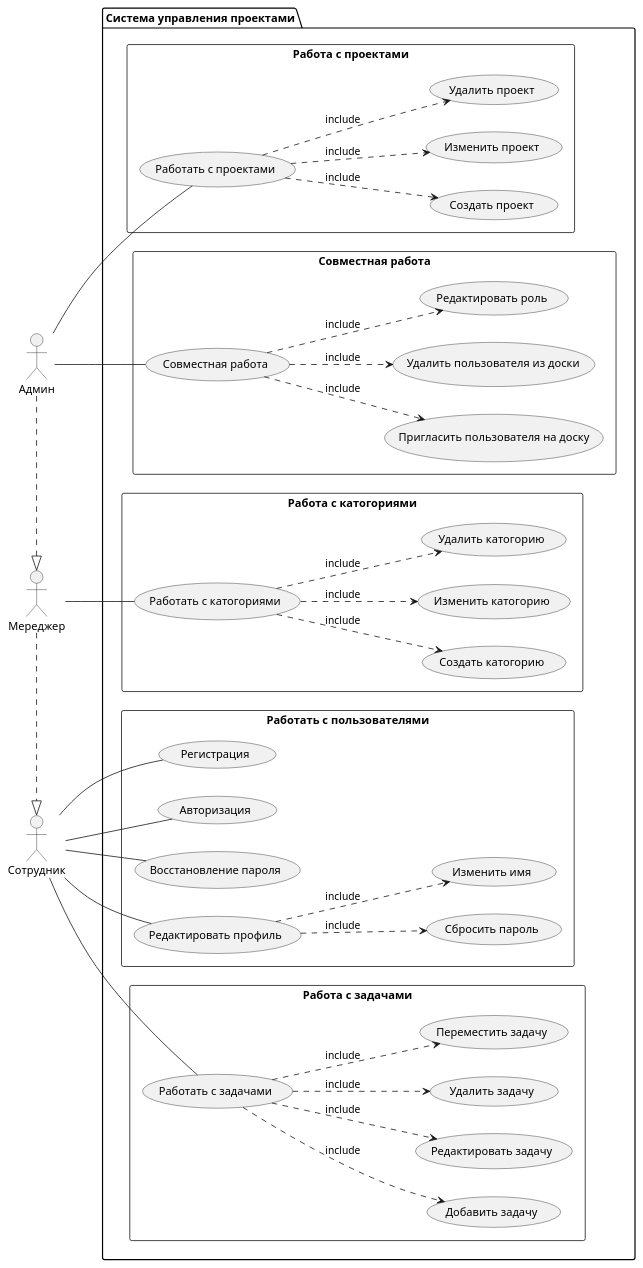
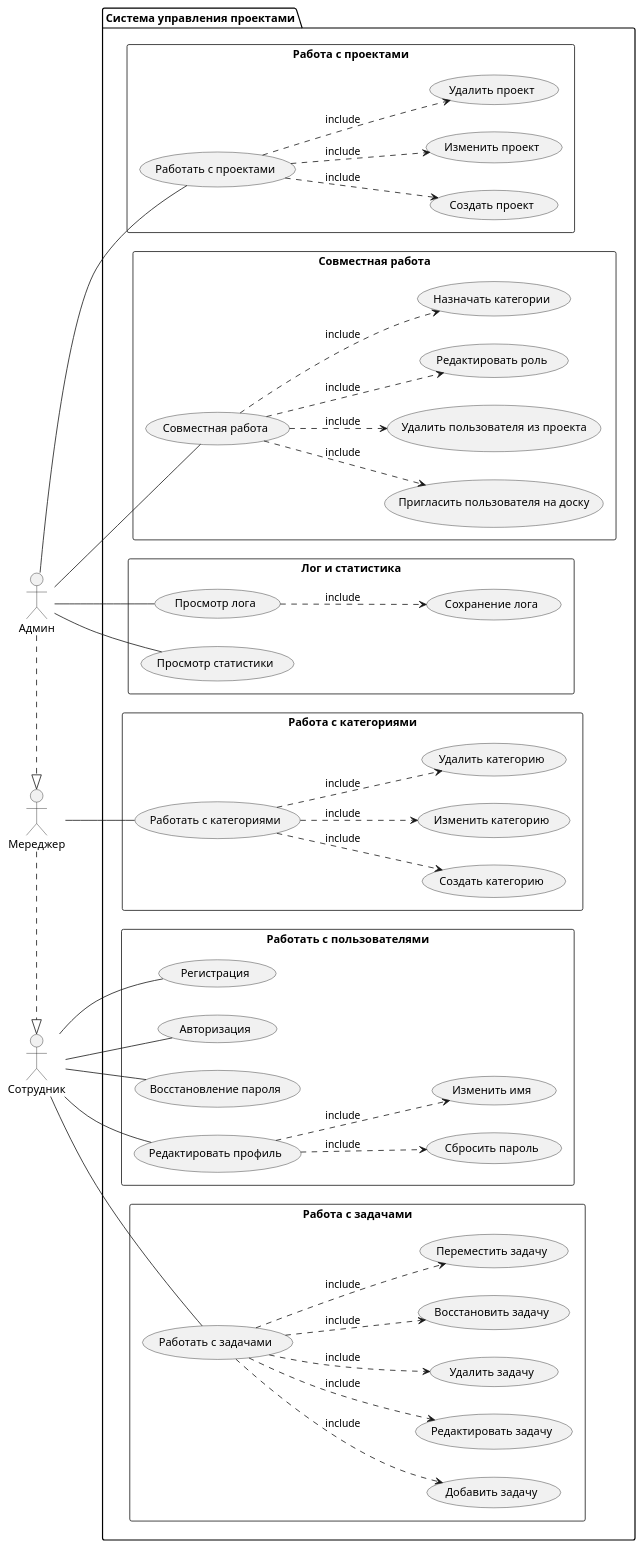
One commit to kemmed/TaskLoom changed the diagram in doc/diagrams/UseCase.puml. Above: the diagram before and after it, drawn with PlantUML. The commit also changed 29 other files, not shown here.

Commit message:
3-4 report chapters, new interface layout, new diagrams

```diff
--- a/doc/diagrams/UseCase.puml
+++ b/doc/diagrams/UseCase.puml
@@ -1,80 +1,94 @@
 @startuml usecaseDiagram
 left to right direction
 
 actor Мереджер as Manager
 actor Админ as Admin
 actor Сотрудник as Employee
 package "Система управления проектами" {
     rectangle "Работать с пользователями" {
         usecase "Регистрация" as RegUC
         usecase "Авторизация" as AuthUC
         usecase "Восстановление пароля" as RecoveryUC
 
         usecase "Редактировать профиль" as UserUC
             usecase "Сбросить пароль" as PassUC
             usecase "Изменить имя" as NameUC
     }
 
     rectangle "Работа с проектами" {
-        usecase "Работать с проектами" as BoardUC
-            usecase "Создать проект" as BoardCreateUC
-            usecase "Изменить проект" as BoardEditUC
-            usecase "Удалить проект" as BoardDeleteUC
+        usecase "Работать с проектами" as ProjectUC
+            usecase "Создать проект" as ProjectCreateUC
+            usecase "Изменить проект" as ProjectEditUC
+            usecase "Удалить проект" as ProjectDeleteUC
     }
-    rectangle "Работа с катогориями" {
-        usecase "Работать с катогориями" as СategoryUC
-            usecase "Создать катогорию" as СategoryCreateUC
-            usecase "Изменить катогорию" as СategoryEditUC
-            usecase "Удалить катогорию" as СategoryDeleteUC
+    rectangle "Работа с категориями" {
+        usecase "Работать с катeгориями" as СategoryUC
+            usecase "Создать катeгорию" as СategoryCreateUC
+            usecase "Изменить катeгорию" as СategoryEditUC
+            usecase "Удалить катeгорию" as СategoryDeleteUC
     }
 
     rectangle "Работа с задачами" {
         usecase "Работать с задачами" as TaskUC
             usecase "Добавить задачу" as TaskCreateUC
             usecase "Редактировать задачу" as TaskEditUC
             usecase "Удалить задачу" as TaskDeletetUC
+            usecase "Восстановить задачу" as TaskRestoreUC
             usecase "Переместить задачу" as TaskMoveUC
     }
 
     rectangle "Совместная работа" {
         usecase "Совместная работа" as СollaborationUC
             usecase "Пригласить пользователя на доску" as InviteUC
-            usecase "Удалить пользователя из доски" as RemoveUC
+            usecase "Удалить пользователя из проекта" as RemoveUC
             usecase "Редактировать роль" as UpdateUC
+            usecase "Назначать категории" as UserCategoryUC
+    }
+
+     rectangle "Лог и статистика" {
+            usecase "Просмотр лога" as LogUC
+            usecase "Сохранение лога" as SaveLogUC
+            usecase "Просмотр статистики" as StatisticsUC
     }
 
 
 Admin .|> Manager
 Manager .|> Employee
 
 Employee -- RegUC
 Employee -- AuthUC
 Employee -- UserUC
 Employee -- RecoveryUC
 
     UserUC ..> PassUC: "include"
     UserUC ..> NameUC: "include"
 
 Manager -- СategoryUC
     СategoryUC ..> СategoryCreateUC: "include"
     СategoryUC ..> СategoryEditUC: "include"
     СategoryUC ..> СategoryDeleteUC: "include"
 
 Employee -- TaskUC
     TaskUC ..> TaskCreateUC: "include"
     TaskUC ..> TaskEditUC: "include"
     TaskUC ..> TaskDeletetUC: "include"
+    TaskUC ..> TaskRestoreUC: "include"
     TaskUC ..> TaskMoveUC: "include"
 
 Admin -- СollaborationUC
     СollaborationUC ..> InviteUC: "include"
     СollaborationUC ..> RemoveUC: "include"
     СollaborationUC ..> UpdateUC: "include"
+    СollaborationUC ..> UserCategoryUC: "include"
 
 
-Admin -- BoardUC
-    BoardUC ..> BoardCreateUC: "include"
-    BoardUC ..> BoardEditUC: "include"
-    BoardUC ..> BoardDeleteUC: "include"
+Admin -- ProjectUC
+    ProjectUC ..> ProjectCreateUC: "include"
+    ProjectUC ..> ProjectEditUC: "include"
+    ProjectUC ..> ProjectDeleteUC: "include"
+
+Admin -- LogUC
+Admin -- StatisticsUC
+LogUC ..> SaveLogUC: "include"
 }
 @enduml
```
